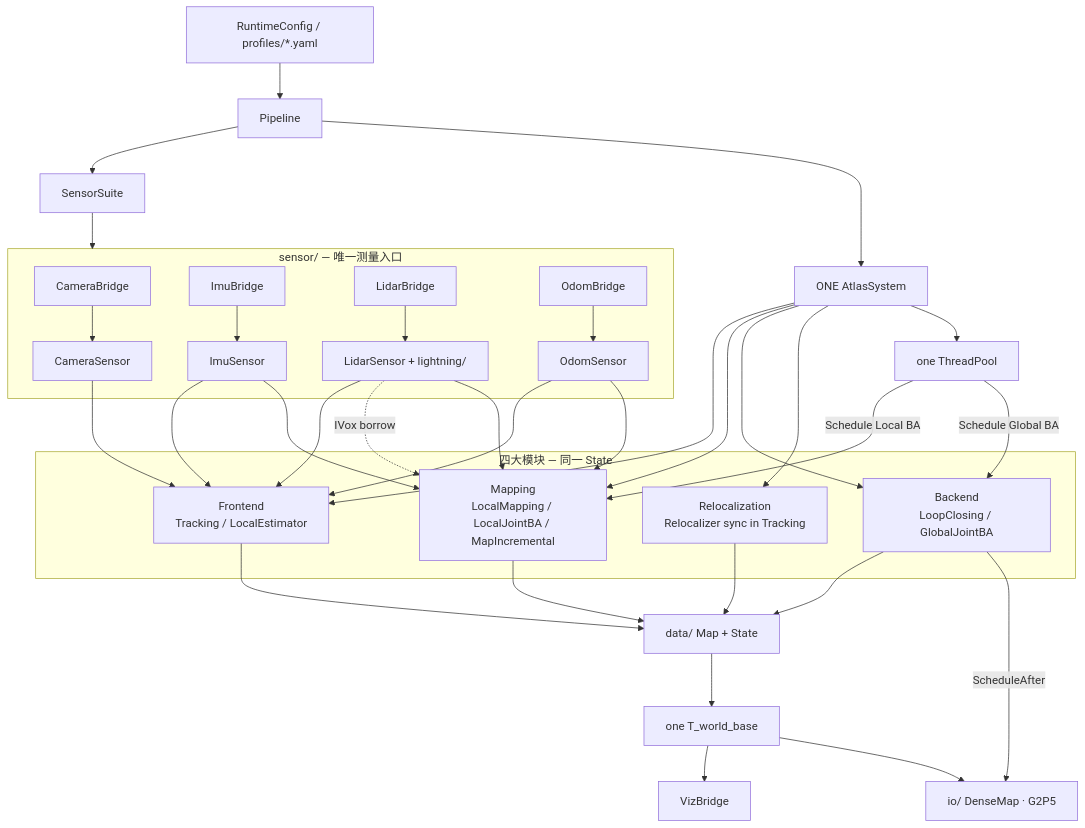
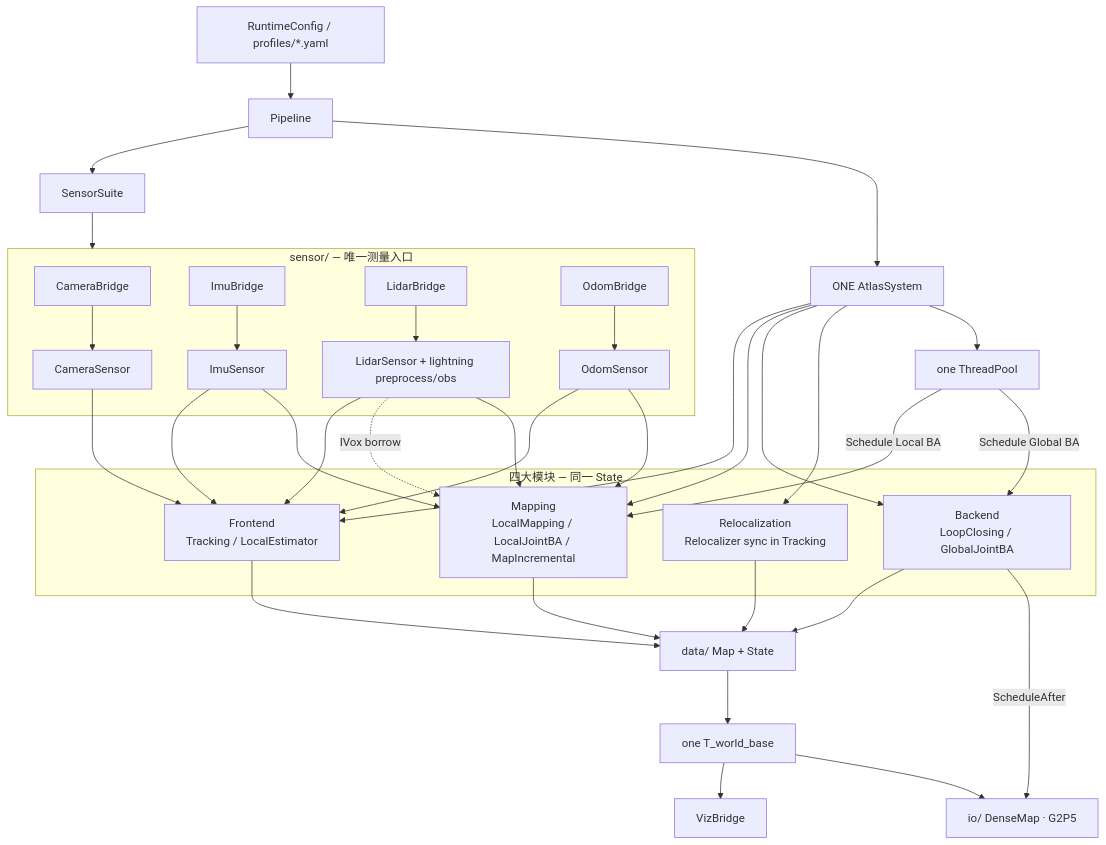
Before and after one commit to quandy2020/autonomy: the first of 3 diagrams in autonomy/localization/atlas/README.md, drawn with Mermaid. The commit also changed other lines of this file and 48 other files, not shown here.

````diff
--- a/autonomy/localization/atlas/README.md
+++ b/autonomy/localization/atlas/README.md
@@ -8,61 +8,61 @@
 ```mermaid
 flowchart TB
   YAML["RuntimeConfig / profiles/*.yaml"]
   PIPE[Pipeline]
   SYS["ONE AtlasSystem"]
   YAML --> PIPE
   PIPE --> Suite[SensorSuite]
   PIPE --> SYS
 
   subgraph sensor ["sensor/ — 唯一测量入口"]
     CamB[CameraBridge]
     ImuB[ImuBridge]
     LidB[LidarBridge]
     OdomB[OdomBridge]
     Cam[CameraSensor]
     Imu[ImuSensor]
-    Lid["LidarSensor + lightning/"]
+    Lid["LidarSensor + lightning preprocess/obs"]
     Odom[OdomSensor]
     CamB --> Cam
     ImuB --> Imu
     LidB --> Lid
     OdomB --> Odom
   end
 
   Suite --> sensor
 
   subgraph modules ["四大模块 — 同一 State"]
     FE["Frontend<br/>Tracking / LocalEstimator"]
     MP["Mapping<br/>LocalMapping / LocalJointBA / MapIncremental"]
     BE["Backend<br/>LoopClosing / GlobalJointBA"]
     RE["Relocalization<br/>Relocalizer sync in Tracking"]
   end
 
   SYS --> FE
   SYS --> MP
   SYS --> BE
   SYS --> RE
   SYS --> Pool["one ThreadPool"]
 
   Cam --> FE
   Imu --> FE
   Lid --> FE
   Odom --> FE
   Lid -.->|"IVox borrow"| MP
   Imu --> MP
   Lid --> MP
   Odom --> MP
 
   FE --> State["data/ Map + State"]
   MP --> State
   BE --> State
   RE --> State
 
   State --> Out["one T_world_base"]
   Out --> Viz[VizBridge]
   Out --> Side["io/ DenseMap · G2P5"]
 
   Pool -->|"Schedule Local BA"| MP
   Pool -->|"Schedule Global BA"| BE
   BE -->|"ScheduleAfter"| Side
 ```
````
